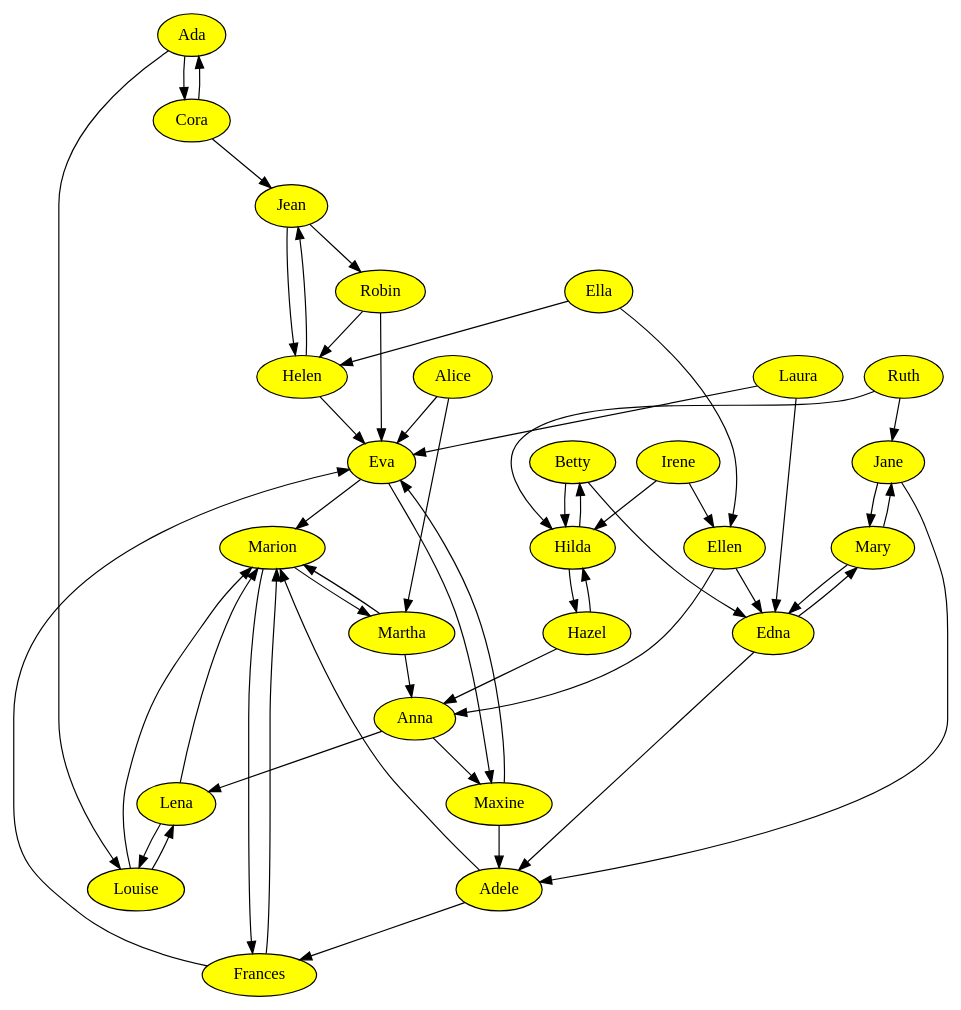
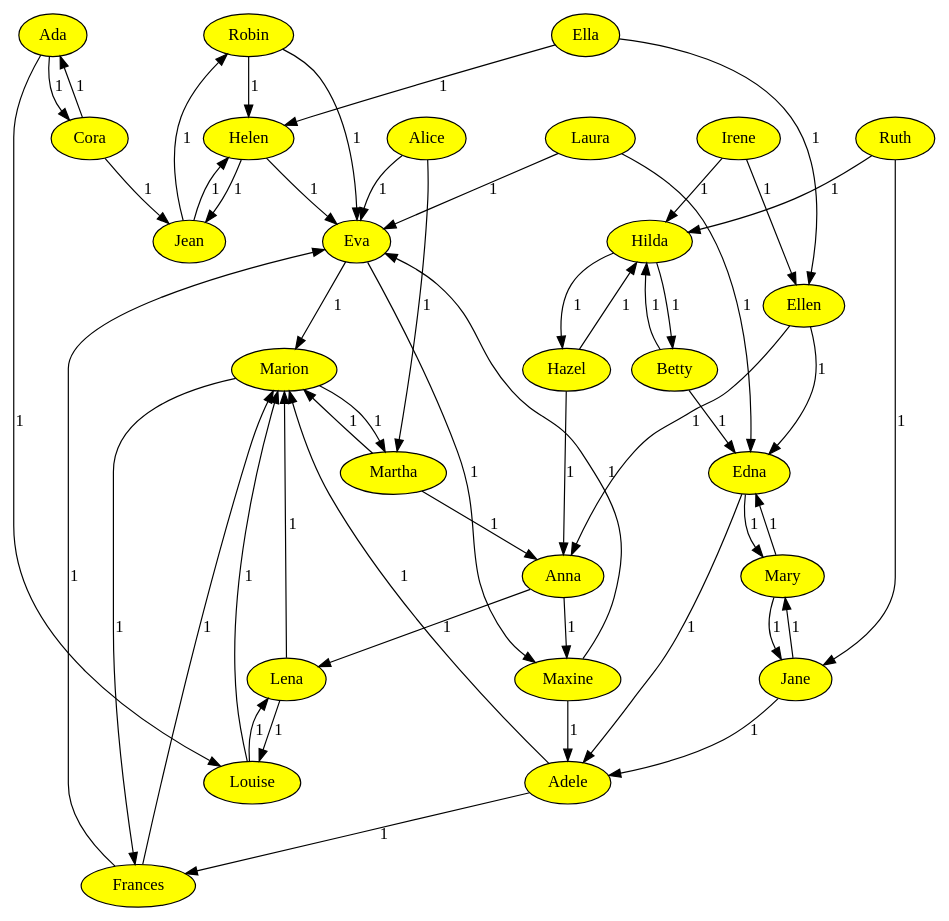
Before and after one commit to kraison/graph-utils: the diagram in data/Dining.dot, drawn with Graphviz. The commit also changed 14 other files, not shown here.

Commit message:
finalizing max flow and max matching

```diff
--- a/data/Dining.dot
+++ b/data/Dining.dot
@@ -1,81 +1,83 @@
-digraph graphutils {
-  node [ color = black, fillcolor = while, style = filled ];
-  "Ada" -> "Cora" [w=1];
-  "Ada" -> "Louise" [w=1];
+digraph graphutils
+{
+  splines=true;
+  node [ color = black, fillcolor = white, style = filled ];
+  "Robin" -> "Helen" [w=1,label=1];
+  "Robin" -> "Eva" [w=1,label=1];
+  "Robin" [fillcolor="#ffff00"];
+  "Lena" -> "Louise" [w=1,label=1];
+  "Lena" -> "Marion" [w=1,label=1];
+  "Lena" [fillcolor="#ffff00"];
+  "Ella" -> "Helen" [w=1,label=1];
+  "Ella" -> "Ellen" [w=1,label=1];
+  "Ella" [fillcolor="#ffff00"];
+  "Ellen" -> "Edna" [w=1,label=1];
+  "Ellen" -> "Anna" [w=1,label=1];
+  "Ellen" [fillcolor="#ffff00"];
+  "Edna" -> "Adele" [w=1,label=1];
+  "Edna" -> "Mary" [w=1,label=1];
+  "Edna" [fillcolor="#ffff00"];
+  "Maxine" -> "Eva" [w=1,label=1];
+  "Maxine" -> "Adele" [w=1,label=1];
+  "Maxine" [fillcolor="#ffff00"];
+  "Louise" -> "Marion" [w=1,label=1];
+  "Louise" -> "Lena" [w=1,label=1];
+  "Louise" [fillcolor="#ffff00"];
+  "Laura" -> "Eva" [w=1,label=1];
+  "Laura" -> "Edna" [w=1,label=1];
+  "Laura" [fillcolor="#ffff00"];
+  "Ruth" -> "Hilda" [w=1,label=1];
+  "Ruth" -> "Jane" [w=1,label=1];
+  "Ruth" [fillcolor="#ffff00"];
+  "Cora" -> "Ada" [w=1,label=1];
+  "Cora" -> "Jean" [w=1,label=1];
+  "Cora" [fillcolor="#ffff00"];
+  "Anna" -> "Maxine" [w=1,label=1];
+  "Anna" -> "Lena" [w=1,label=1];
+  "Anna" [fillcolor="#ffff00"];
+  "Jane" -> "Adele" [w=1,label=1];
+  "Jane" -> "Mary" [w=1,label=1];
+  "Jane" [fillcolor="#ffff00"];
+  "Alice" -> "Martha" [w=1,label=1];
+  "Alice" -> "Eva" [w=1,label=1];
+  "Alice" [fillcolor="#ffff00"];
+  "Hilda" -> "Hazel" [w=1,label=1];
+  "Hilda" -> "Betty" [w=1,label=1];
+  "Hilda" [fillcolor="#ffff00"];
+  "Hazel" -> "Hilda" [w=1,label=1];
+  "Hazel" -> "Anna" [w=1,label=1];
+  "Hazel" [fillcolor="#ffff00"];
+  "Martha" -> "Marion" [w=1,label=1];
+  "Martha" -> "Anna" [w=1,label=1];
+  "Martha" [fillcolor="#ffff00"];
+  "Frances" -> "Marion" [w=1,label=1];
+  "Frances" -> "Eva" [w=1,label=1];
+  "Frances" [fillcolor="#ffff00"];
+  "Helen" -> "Jean" [w=1,label=1];
+  "Helen" -> "Eva" [w=1,label=1];
+  "Helen" [fillcolor="#ffff00"];
+  "Marion" -> "Martha" [w=1,label=1];
+  "Marion" -> "Frances" [w=1,label=1];
+  "Marion" [fillcolor="#ffff00"];
+  "Eva" -> "Marion" [w=1,label=1];
+  "Eva" -> "Maxine" [w=1,label=1];
+  "Eva" [fillcolor="#ffff00"];
+  "Irene" -> "Hilda" [w=1,label=1];
+  "Irene" -> "Ellen" [w=1,label=1];
+  "Irene" [fillcolor="#ffff00"];
+  "Adele" -> "Marion" [w=1,label=1];
+  "Adele" -> "Frances" [w=1,label=1];
+  "Adele" [fillcolor="#ffff00"];
+  "Betty" -> "Hilda" [w=1,label=1];
+  "Betty" -> "Edna" [w=1,label=1];
+  "Betty" [fillcolor="#ffff00"];
+  "Ada" -> "Cora" [w=1,label=1];
+  "Ada" -> "Louise" [w=1,label=1];
   "Ada" [fillcolor="#ffff00"];
-  "Cora" -> "Ada" [w=1];
-  "Cora" -> "Jean" [w=1];
-  "Cora" [fillcolor="#ffff00"];
-  "Louise" -> "Marion" [w=1];
-  "Louise" -> "Lena" [w=1];
-  "Louise" [fillcolor="#ffff00"];
-  "Jean" -> "Helen" [w=1];
-  "Jean" -> "Robin" [w=1];
+  "Mary" -> "Edna" [w=1,label=1];
+  "Mary" -> "Jane" [w=1,label=1];
+  "Mary" [fillcolor="#ffff00"];
+  "Jean" -> "Helen" [w=1,label=1];
+  "Jean" -> "Robin" [w=1,label=1];
   "Jean" [fillcolor="#ffff00"];
-  "Helen" -> "Jean" [w=1];
-  "Helen" -> "Eva" [w=1];
-  "Helen" [fillcolor="#ffff00"];
-  "Martha" -> "Marion" [w=1];
-  "Martha" -> "Anna" [w=1];
-  "Martha" [fillcolor="#ffff00"];
-  "Alice" -> "Martha" [w=1];
-  "Alice" -> "Eva" [w=1];
-  "Alice" [fillcolor="#ffff00"];
-  "Robin" -> "Helen" [w=1];
-  "Robin" -> "Eva" [w=1];
-  "Robin" [fillcolor="#ffff00"];
-  "Marion" -> "Martha" [w=1];
-  "Marion" -> "Frances" [w=1];
-  "Marion" [fillcolor="#ffff00"];
-  "Maxine" -> "Eva" [w=1];
-  "Maxine" -> "Adele" [w=1];
-  "Maxine" [fillcolor="#ffff00"];
-  "Lena" -> "Louise" [w=1];
-  "Lena" -> "Marion" [w=1];
-  "Lena" [fillcolor="#ffff00"];
-  "Hazel" -> "Hilda" [w=1];
-  "Hazel" -> "Anna" [w=1];
-  "Hazel" [fillcolor="#ffff00"];
-  "Hilda" -> "Hazel" [w=1];
-  "Hilda" -> "Betty" [w=1];
-  "Hilda" [fillcolor="#ffff00"];
-  "Frances" -> "Marion" [w=1];
-  "Frances" -> "Eva" [w=1];
-  "Frances" [fillcolor="#ffff00"];
-  "Eva" -> "Marion" [w=1];
-  "Eva" -> "Maxine" [w=1];
-  "Eva" [fillcolor="#ffff00"];
-  "Ruth" -> "Hilda" [w=1];
-  "Ruth" -> "Jane" [w=1];
-  "Ruth" [fillcolor="#ffff00"];
-  "Edna" -> "Adele" [w=1];
-  "Edna" -> "Mary" [w=1];
-  "Edna" [fillcolor="#ffff00"];
-  "Adele" -> "Marion" [w=1];
-  "Adele" -> "Frances" [w=1];
-  "Adele" [fillcolor="#ffff00"];
-  "Jane" -> "Adele" [w=1];
-  "Jane" -> "Mary" [w=1];
-  "Jane" [fillcolor="#ffff00"];
-  "Anna" -> "Maxine" [w=1];
-  "Anna" -> "Lena" [w=1];
-  "Anna" [fillcolor="#ffff00"];
-  "Mary" -> "Edna" [w=1];
-  "Mary" -> "Jane" [w=1];
-  "Mary" [fillcolor="#ffff00"];
-  "Betty" -> "Hilda" [w=1];
-  "Betty" -> "Edna" [w=1];
-  "Betty" [fillcolor="#ffff00"];
-  "Ella" -> "Helen" [w=1];
-  "Ella" -> "Ellen" [w=1];
-  "Ella" [fillcolor="#ffff00"];
-  "Ellen" -> "Edna" [w=1];
-  "Ellen" -> "Anna" [w=1];
-  "Ellen" [fillcolor="#ffff00"];
-  "Laura" -> "Eva" [w=1];
-  "Laura" -> "Edna" [w=1];
-  "Laura" [fillcolor="#ffff00"];
-  "Irene" -> "Hilda" [w=1];
-  "Irene" -> "Ellen" [w=1];
-  "Irene" [fillcolor="#ffff00"];
 }
```
